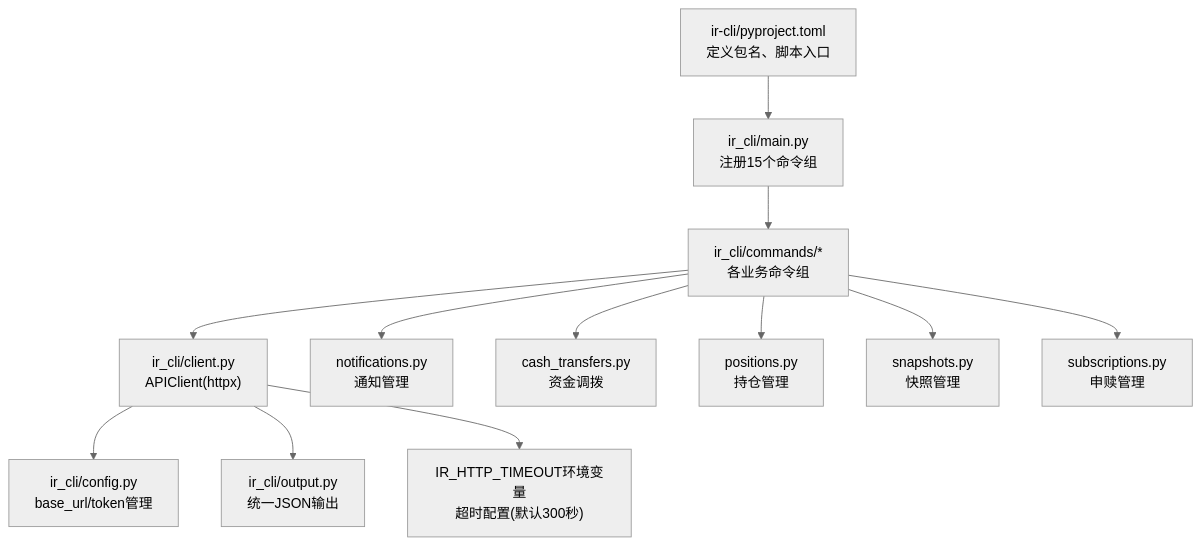
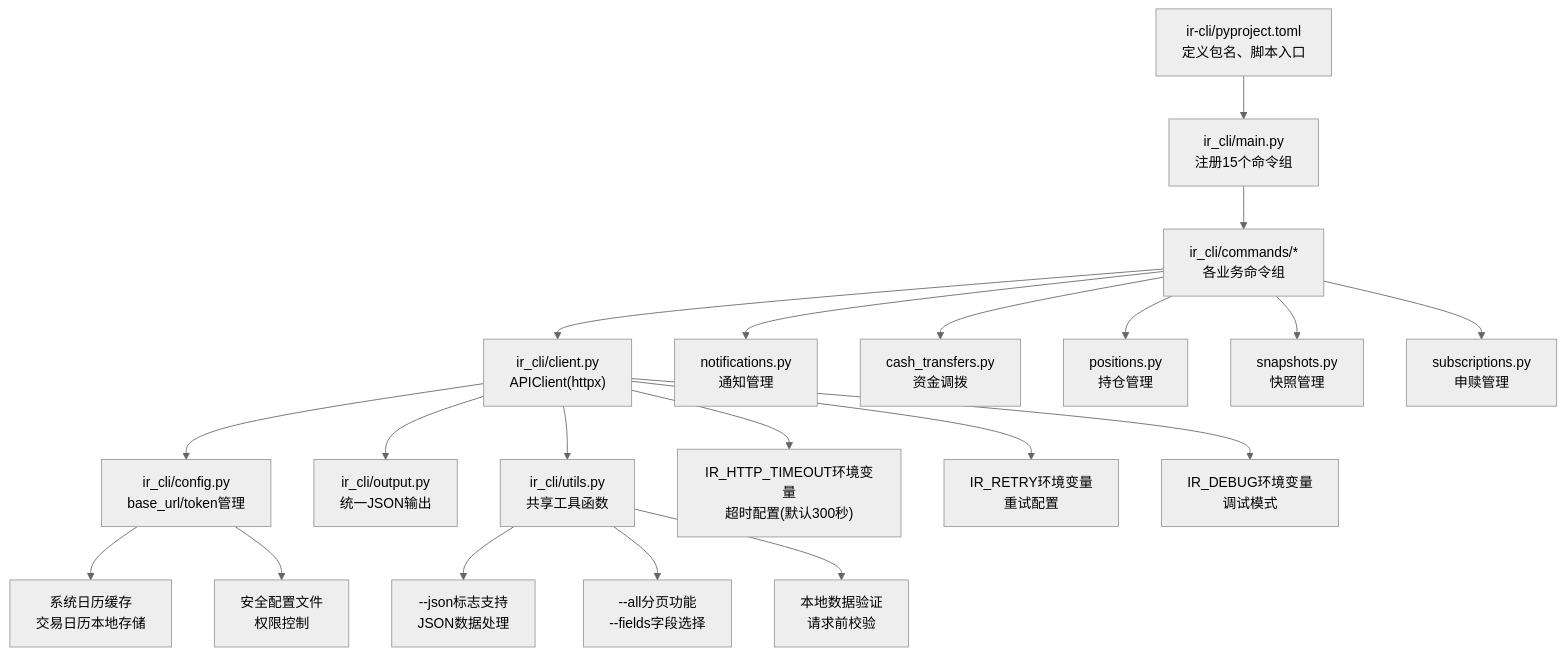
Before and after one commit to gujialind/InvestRing: the first of 7 diagrams in .qoder/repowiki/zh/content/开发指南/InvestRing HTTP客户端CLI工具.md, drawn with Mermaid (neutral theme). The commit also changed other lines of this file and 8 other files, not shown here.

````diff
--- a/.qoder/repowiki/zh/content/开发指南/InvestRing HTTP客户端CLI工具.md
+++ b/.qoder/repowiki/zh/content/开发指南/InvestRing HTTP客户端CLI工具.md
@@ -59,14 +68,22 @@
 ```mermaid
 graph TB
 A["ir-cli/pyproject.toml<br/>定义包名、脚本入口"] --> B["ir_cli/main.py<br/>注册15个命令组"]
 B --> C["ir_cli/commands/*<br/>各业务命令组"]
 C --> D["ir_cli/client.py<br/>APIClient(httpx)"]
 D --> E["ir_cli/config.py<br/>base_url/token管理"]
 D --> F["ir_cli/output.py<br/>统一JSON输出"]
-D --> G["IR_HTTP_TIMEOUT环境变量<br/>超时配置(默认300秒)"]
-C --> H["notifications.py<br/>通知管理"]
-C --> I["cash_transfers.py<br/>资金调拨"]
-C --> J["positions.py<br/>持仓管理"]
-C --> K["snapshots.py<br/>快照管理"]
-C --> L["subscriptions.py<br/>申赎管理"]
+D --> G["ir_cli/utils.py<br/>共享工具函数"]
+D --> H["IR_HTTP_TIMEOUT环境变量<br/>超时配置(默认300秒)"]
+D --> I["IR_RETRY环境变量<br/>重试配置"]
+D --> J["IR_DEBUG环境变量<br/>调试模式"]
+C --> K["notifications.py<br/>通知管理"]
+C --> L["cash_transfers.py<br/>资金调拨"]
+C --> M["positions.py<br/>持仓管理"]
+C --> N["snapshots.py<br/>快照管理"]
+C --> O["subscriptions.py<br/>申赎管理"]
+G --> P["--json标志支持<br/>JSON数据处理"]
+G --> Q["--all分页功能<br/>--fields字段选择"]
+G --> R["本地数据验证<br/>请求前校验"]
+E --> S["系统日历缓存<br/>交易日历本地存储"]
+E --> T["安全配置文件<br/>权限控制"]
 ```
````
